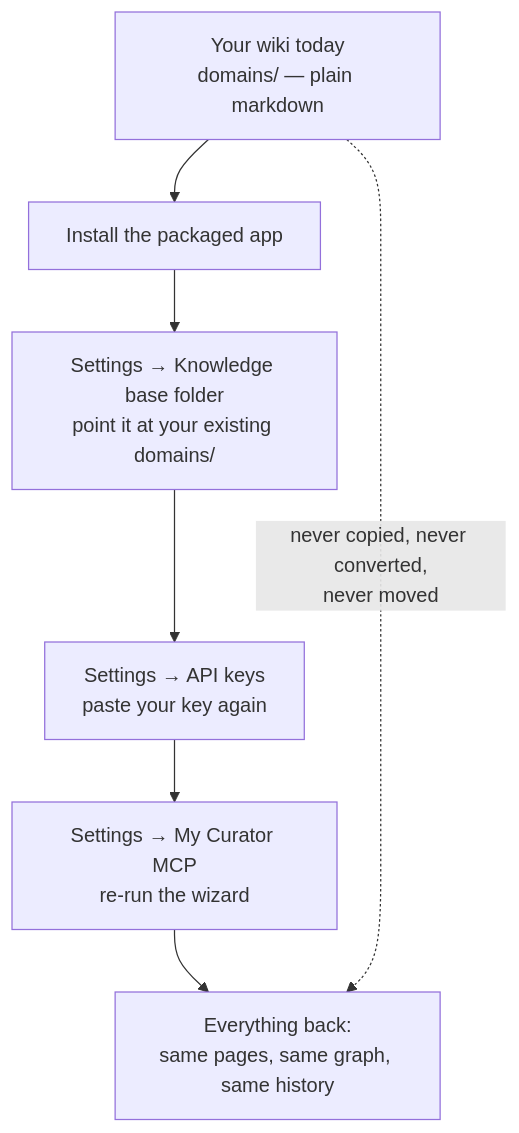
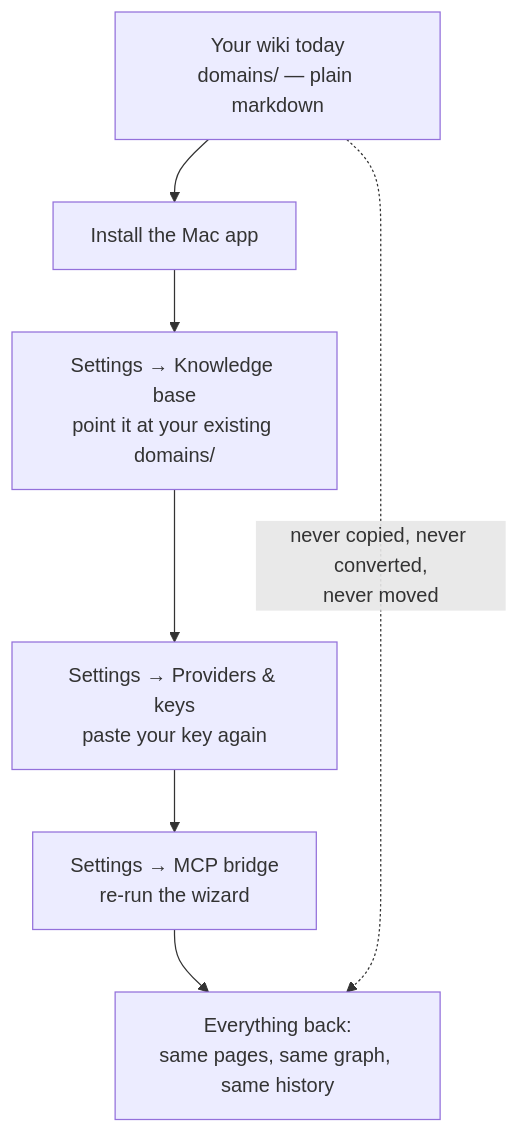
One commit to talirezun/the-curator changed the fourth of 10 diagrams in docs/user-guide.md. Above: the diagram before and after it, drawn with Mermaid. The commit also changed other lines of this file and 5 other files, not shown here.

First line of the commit message:
User guide: the Mac app, and five screenshots that pass a privacy audit

````diff
--- a/docs/user-guide.md
+++ b/docs/user-guide.md
@@ -279,9 +329,9 @@
 ```mermaid
 flowchart TD
-    A["Your wiki today<br/>domains/ — plain markdown"] --> B["Install the packaged app"]
-    B --> C["Settings → Knowledge base folder<br/>point it at your existing domains/"]
-    C --> D["Settings → API keys<br/>paste your key again"]
-    D --> E["Settings → My Curator MCP<br/>re-run the wizard"]
+    A["Your wiki today<br/>domains/ — plain markdown"] --> B["Install the Mac app"]
+    B --> C["Settings → Knowledge base<br/>point it at your existing domains/"]
+    C --> D["Settings → Providers & keys<br/>paste your key again"]
+    D --> E["Settings → MCP bridge<br/>re-run the wizard"]
     E --> F["Everything back:<br/>same pages, same graph, same history"]
     A -.->|"never copied, never converted,<br/>never moved"| F
 ```
````
